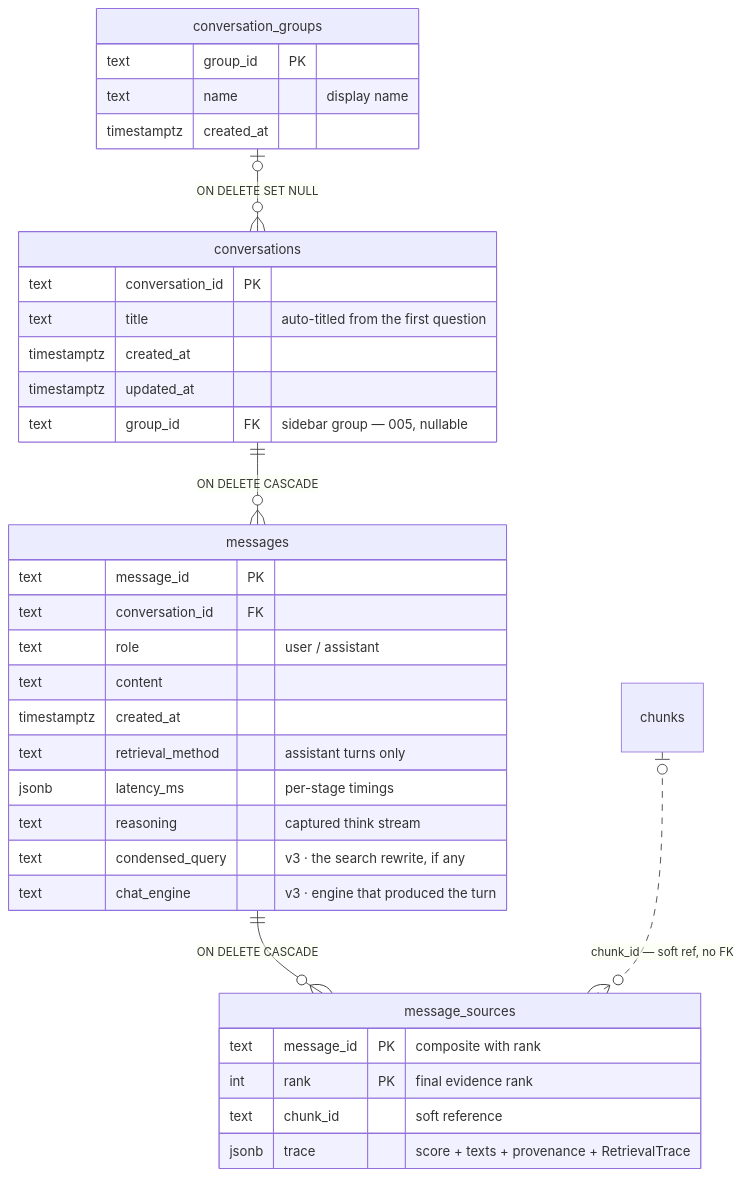
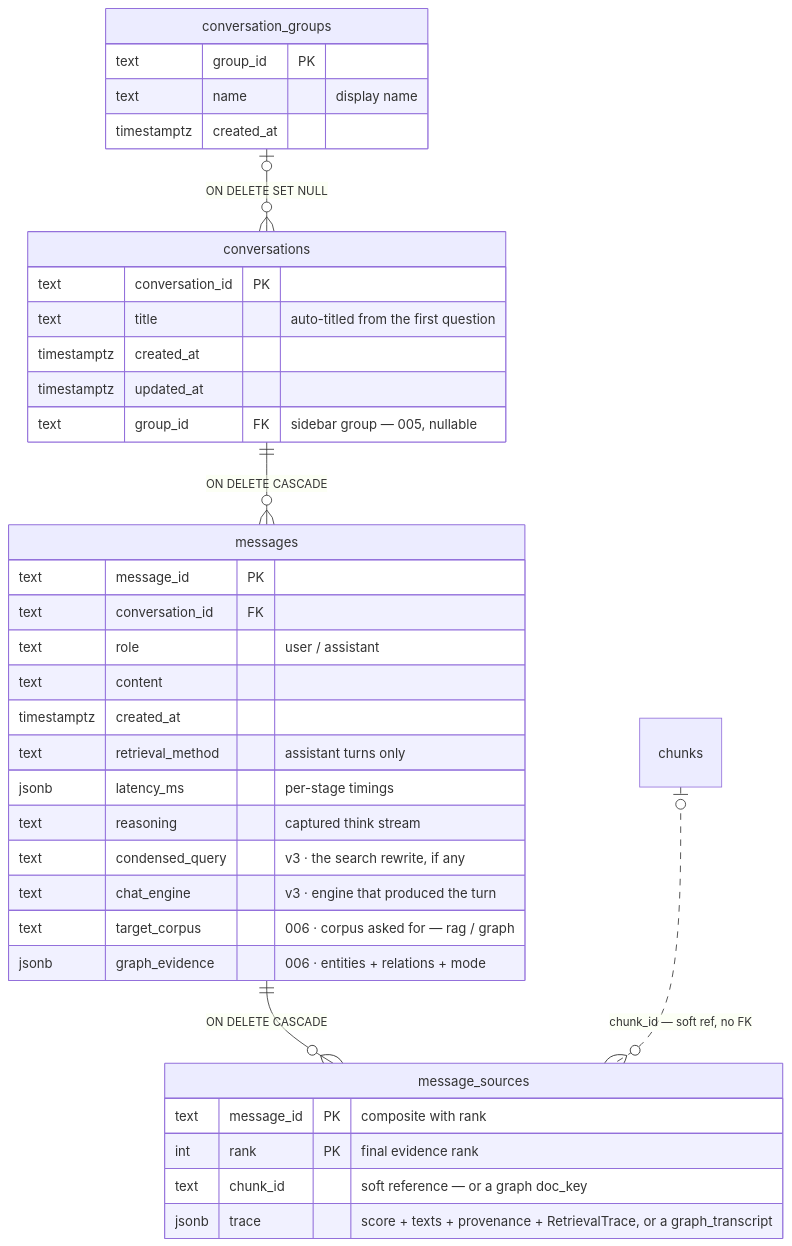
Before and after one commit to luisegarduno/varagity: the second of 3 diagrams in golden-docs/data-model.md, drawn with Mermaid. The commit also changed other lines of this file and 22 other files, not shown here.

First line of the commit message:
feat(graph): observability, docs, e2e — the ADR-017 close-out

````diff
--- a/golden-docs/data-model.md
+++ b/golden-docs/data-model.md
@@ -304,37 +311,39 @@
 ```mermaid
 erDiagram
     conversation_groups |o--o{ conversations : "ON DELETE SET NULL"
     conversations ||--o{ messages : "ON DELETE CASCADE"
     messages ||--o{ message_sources : "ON DELETE CASCADE"
     chunks |o..o{ message_sources : "chunk_id — soft ref, no FK"
     conversation_groups {
         text group_id PK
         text name "display name"
         timestamptz created_at
     }
     conversations {
         text conversation_id PK
         text title "auto-titled from the first question"
         timestamptz created_at
         timestamptz updated_at
         text group_id FK "sidebar group — 005, nullable"
     }
     messages {
         text message_id PK
         text conversation_id FK
         text role "user / assistant"
         text content
         timestamptz created_at
         text retrieval_method "assistant turns only"
         jsonb latency_ms "per-stage timings"
         text reasoning "captured think stream"
         text condensed_query "v3 · the search rewrite, if any"
         text chat_engine "v3 · engine that produced the turn"
+        text target_corpus "006 · corpus asked for — rag / graph"
+        jsonb graph_evidence "006 · entities + relations + mode"
     }
     message_sources {
         text message_id PK "composite with rank"
         int rank PK "final evidence rank"
-        text chunk_id "soft reference"
-        jsonb trace "score + texts + provenance + RetrievalTrace"
+        text chunk_id "soft reference — or a graph doc_key"
+        jsonb trace "score + texts + provenance + RetrievalTrace, or a graph_transcript"
     }
 ```
````
